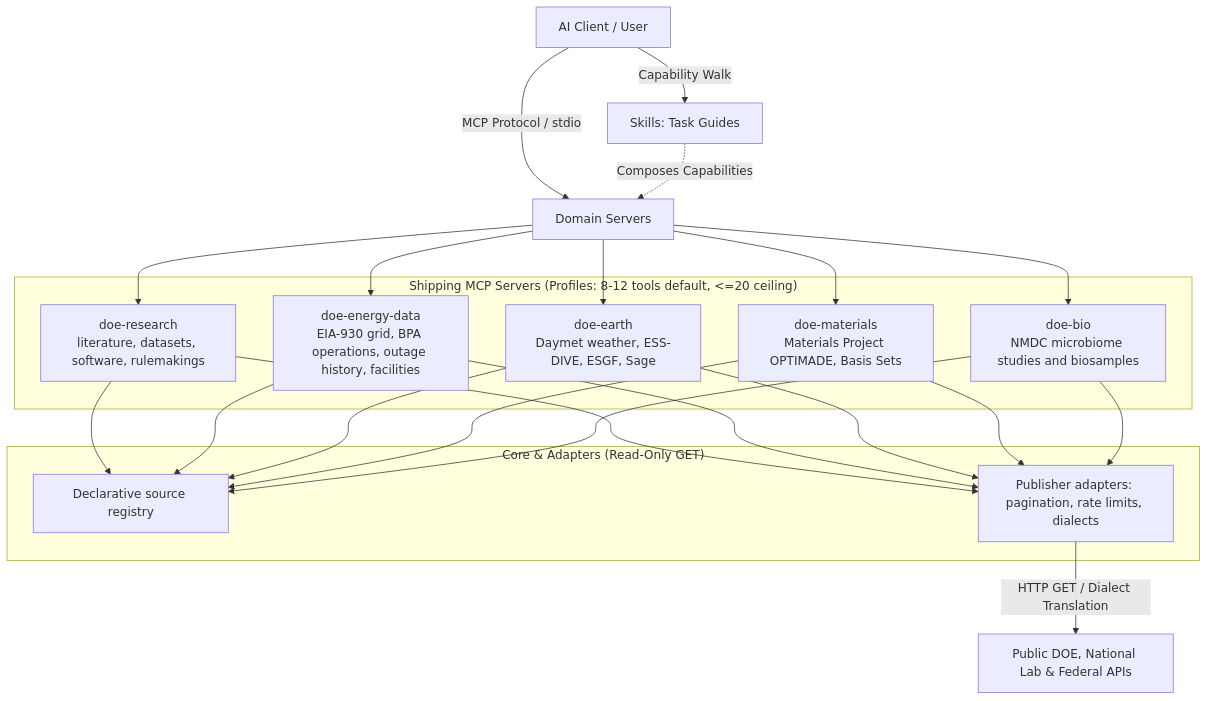
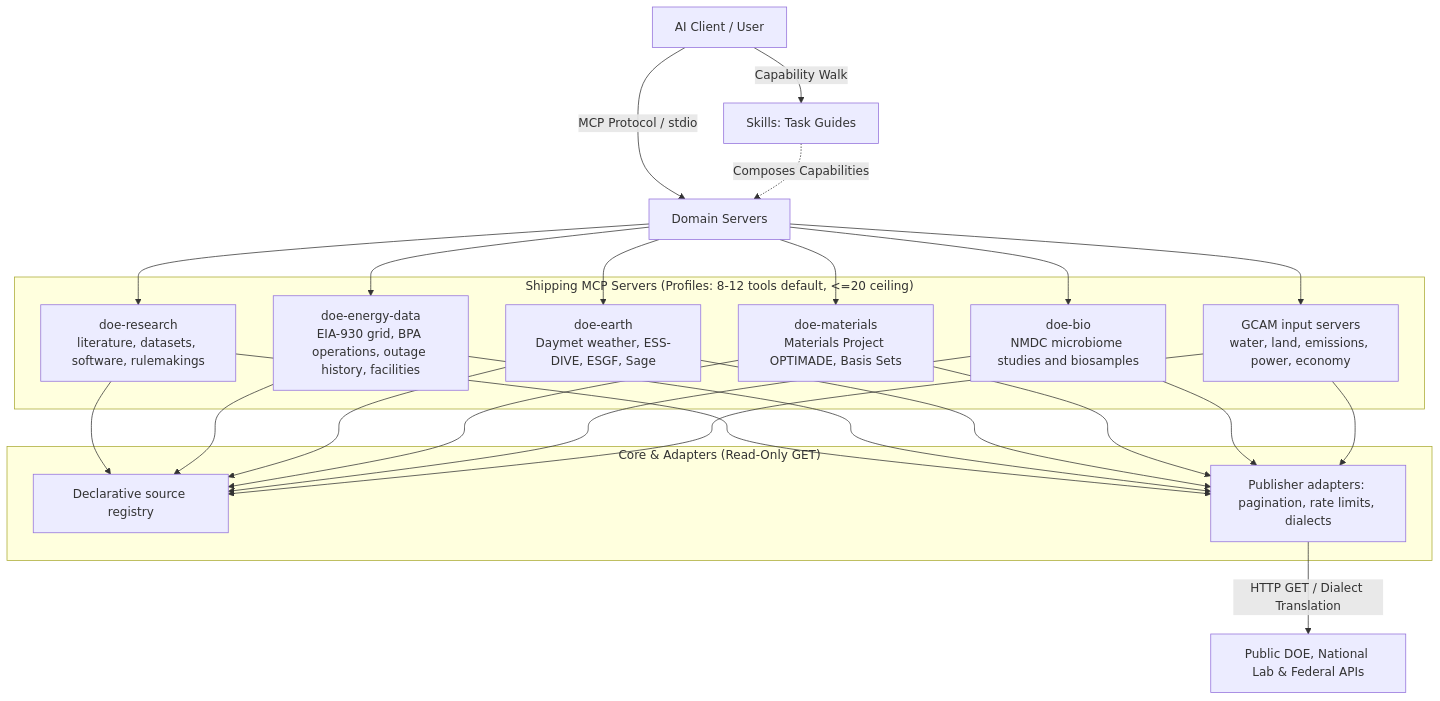
Before and after one commit to pranava0x0/DOE-MCP: the diagram in README.md, drawn with Mermaid. The commit also changed other lines of this file and 105 other files, not shown here.

````diff
--- a/README.md
+++ b/README.md
@@ -144,30 +143,32 @@
 ```mermaid
 graph TD
     User[AI Client / User] -->|Capability Walk| Skills[Skills: Task Guides]
     User -->|MCP Protocol / stdio| Servers[Domain Servers]
     Skills -.->|Composes Capabilities| Servers
 
     subgraph "Shipping MCP Servers (Profiles: 8-12 tools default, <=20 ceiling)"
         S1["doe-research<br/>literature, datasets, software, rulemakings"]
         S2["doe-energy-data<br/>EIA-930 grid, BPA operations, outage history, facilities"]
         S3["doe-earth<br/>Daymet weather, ESS-DIVE, ESGF, Sage"]
         S4["doe-materials<br/>Materials Project OPTIMADE, Basis Sets"]
+        G["GCAM input servers<br/>water, land, emissions, power, economy"]
         S5["doe-bio<br/>NMDC microbiome studies and biosamples"]
     end
 
     Servers --> S1
     Servers --> S2
     Servers --> S3
     Servers --> S4
+    Servers --> G
     Servers --> S5
 
     subgraph "Core & Adapters (Read-Only GET)"
         Registry[Declarative source registry]
         Adapters[Publisher adapters: pagination, rate limits, dialects]
     end
 
-    S1 & S2 & S3 & S4 & S5 --> Registry
-    S1 & S2 & S3 & S4 & S5 --> Adapters
+    S1 & S2 & S3 & S4 & S5 & G --> Registry
+    S1 & S2 & S3 & S4 & S5 & G --> Adapters
 
     Adapters -->|HTTP GET / Dialect Translation| Upstream[Public DOE, National Lab & Federal APIs]
 ```
````
